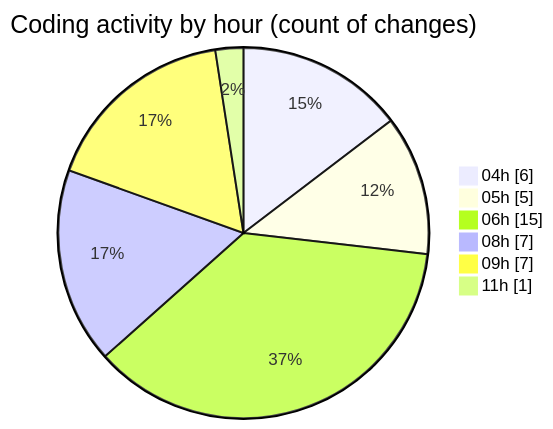
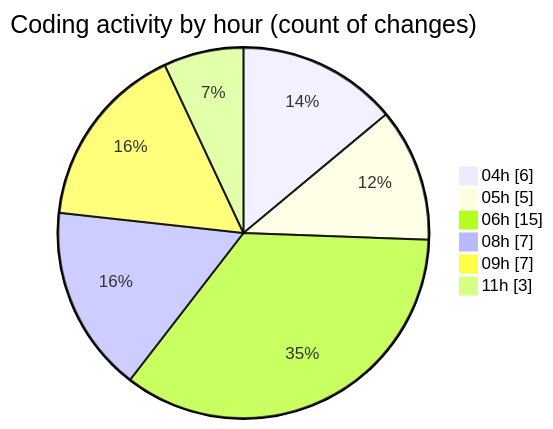
One commit to vahidmafi/code-tracking changed the second of 2 diagrams in 2025-03-23/zeytoon/README.md. Above: the diagram before and after it, drawn with Mermaid. The commit also changed other lines of this file and 1 other file, not shown here.

````diff
--- a/2025-03-23/zeytoon/README.md
+++ b/2025-03-23/zeytoon/README.md
@@ -38,10 +38,10 @@
 ```mermaid
 pie showData
 title Coding activity by hour (count of changes)
 "04h" : 6
 "05h" : 5
 "06h" : 15
 "08h" : 7
 "09h" : 7
-"11h" : 1
+"11h" : 3
 ```
````
